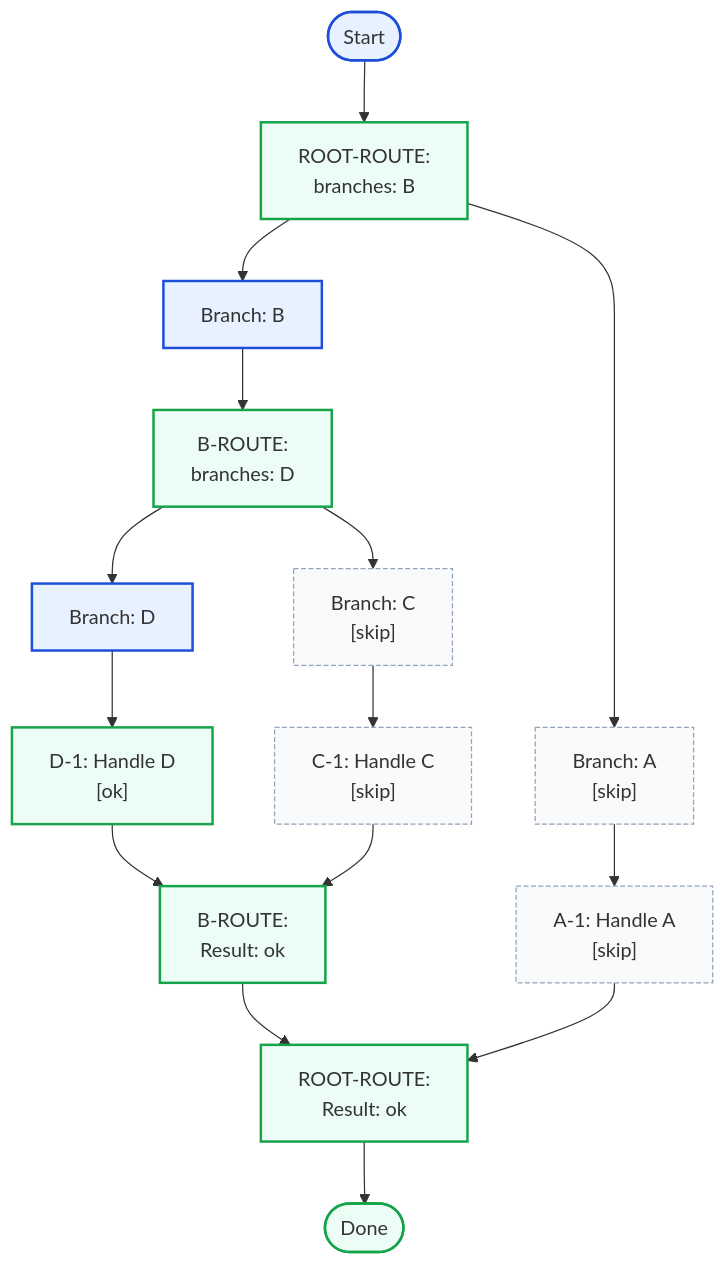
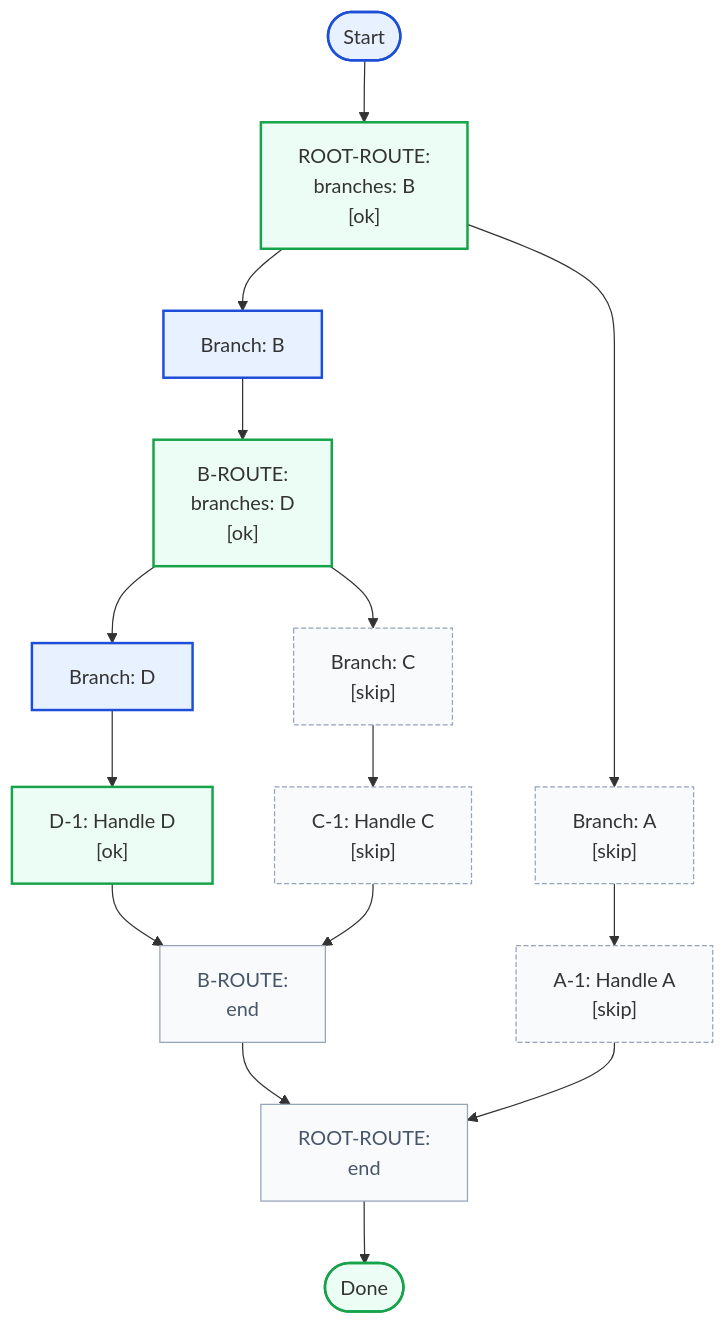
The eighth of 9 diagrams in README.md (mikko-apo/structured-flow), drawn with Mermaid before and after one commit. The commit also changed other lines of this file and 3 other files, not shown here.

````diff
--- a/README.md
+++ b/README.md
@@ -1214,57 +1223,60 @@
 ```mermaid
 flowchart TD
   start([Start])
   step_0["ROOT-ROUTE:
-branches: B"]
-  branch_0_result["ROOT-ROUTE:
-Result: ok"]
-  class branch_0_result success
+branches: B
+[ok]"]
+  branch_0_end["ROOT-ROUTE:
+end"]
+  branch_0_end --> done
+  class branch_0_end join
   branch_0_0_start["Branch: B"]
   step_0 --> branch_0_0_start
   branch_0_0_step_0["B-ROUTE:
-branches: D"]
+branches: D
+[ok]"]
   branch_0_0_start --> branch_0_0_step_0
-  branch_0_0_step_0_branch_result["B-ROUTE:
-Result: ok"]
-  class branch_0_0_step_0_branch_result success
+  branch_0_0_step_0_branch_end["B-ROUTE:
+end"]
+  branch_0_0_step_0_branch_end --> branch_0_end
+  class branch_0_0_step_0_branch_end join
   branch_0_0_step_0_branch_0_start["Branch: D"]
   branch_0_0_step_0 --> branch_0_0_step_0_branch_0_start
   branch_0_0_step_0_branch_0_step_0["D-1: Handle D
 [ok]"]
   branch_0_0_step_0_branch_0_start --> branch_0_0_step_0_branch_0_step_0
-  branch_0_0_step_0_branch_0_step_0 --> branch_0_0_step_0_branch_result
+  branch_0_0_step_0_branch_0_step_0 --> branch_0_0_step_0_branch_end
   class branch_0_0_step_0_branch_0_step_0 success
   class branch_0_0_step_0_branch_0_start executed
   branch_0_0_step_0_branch_1_start["Branch: C
 [skip]"]
   branch_0_0_step_0 --> branch_0_0_step_0_branch_1_start
   branch_0_0_step_0_branch_1_step_0["C-1: Handle C
 [skip]"]
   branch_0_0_step_0_branch_1_start --> branch_0_0_step_0_branch_1_step_0
-  branch_0_0_step_0_branch_1_step_0 --> branch_0_0_step_0_branch_result
+  branch_0_0_step_0_branch_1_step_0 --> branch_0_0_step_0_branch_end
   class branch_0_0_step_0_branch_1_step_0 neutral
   class branch_0_0_step_0_branch_1_start neutral
-  branch_0_0_step_0_branch_result --> branch_0_result
   class branch_0_0_step_0 success
   class branch_0_0_start executed
   branch_0_1_start["Branch: A
 [skip]"]
   step_0 --> branch_0_1_start
   branch_0_1_step_0["A-1: Handle A
 [skip]"]
   branch_0_1_start --> branch_0_1_step_0
-  branch_0_1_step_0 --> branch_0_result
+  branch_0_1_step_0 --> branch_0_end
   class branch_0_1_step_0 neutral
   class branch_0_1_start neutral
-  branch_0_result --> done
   done([Done])
   start --> step_0
   classDef executed fill:#e8f1ff,stroke:#1d4ed8,stroke-width:2px
   classDef success fill:#ecfdf5,stroke:#16a34a,stroke-width:2px
   classDef complete fill:#f0fdf4,stroke:#15803d,stroke-width:2px
   classDef failure fill:#fef2f2,stroke:#dc2626,stroke-width:2px
   classDef neutral fill:#f8fafc,stroke:#94a3b8,stroke-dasharray: 4 2
+  classDef join fill:#f8fafc,stroke:#94a3b8,stroke-width:1px,color:#475569
   class step_0 success
   class start executed
   class done success
 ```
````
